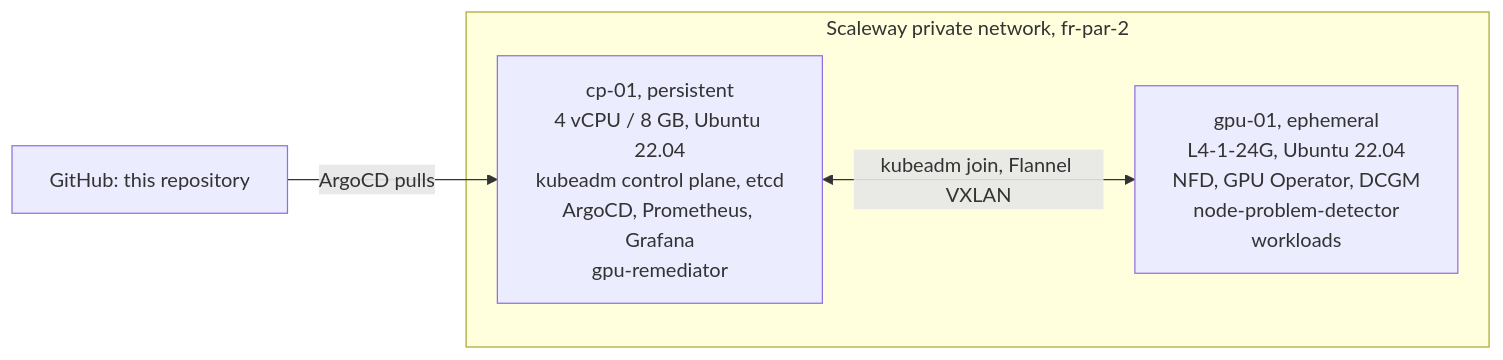
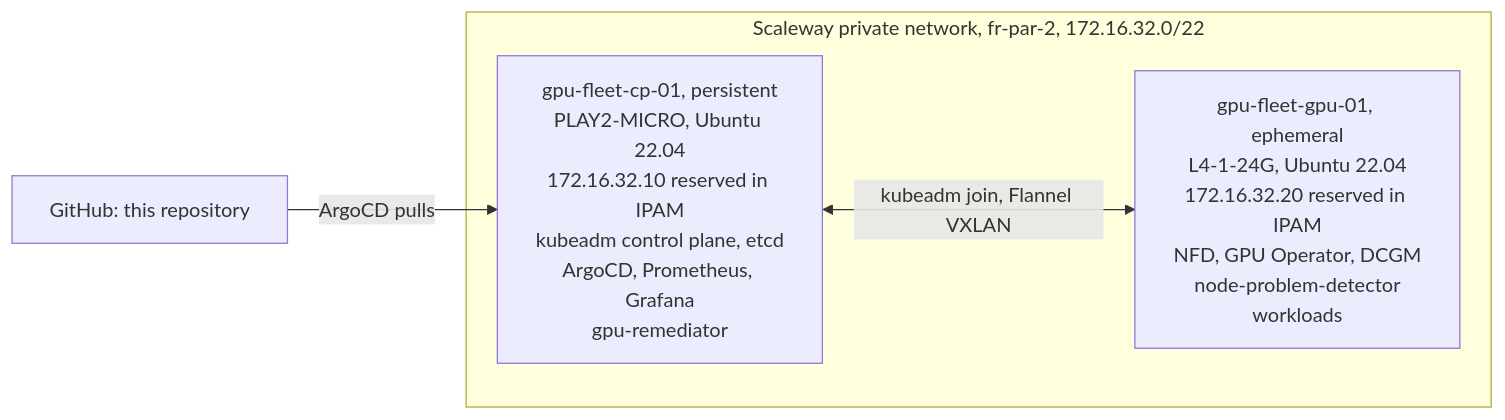
The diagram in docs/architecture.md (yassineteimi/nvidia-gpu-fleet-poc), drawn with Mermaid before and after one commit. The commit also changed other lines of this file and 31 other files, not shown here.

````diff
--- a/docs/architecture.md
+++ b/docs/architecture.md
@@ -5,9 +5,9 @@
 ```mermaid
 flowchart LR
-  subgraph PN["Scaleway private network, fr-par-2"]
-    CP["cp-01, persistent<br/>4 vCPU / 8 GB, Ubuntu 22.04<br/>kubeadm control plane, etcd<br/>ArgoCD, Prometheus, Grafana<br/>gpu-remediator"]
-    GPU["gpu-01, ephemeral<br/>L4-1-24G, Ubuntu 22.04<br/>NFD, GPU Operator, DCGM<br/>node-problem-detector<br/>workloads"]
+  subgraph PN["Scaleway private network, fr-par-2, 172.16.32.0/22"]
+    CP["gpu-fleet-cp-01, persistent<br/>PLAY2-MICRO, Ubuntu 22.04<br/>172.16.32.10 reserved in IPAM<br/>kubeadm control plane, etcd<br/>ArgoCD, Prometheus, Grafana<br/>gpu-remediator"]
+    GPU["gpu-fleet-gpu-01, ephemeral<br/>L4-1-24G, Ubuntu 22.04<br/>172.16.32.20 reserved in IPAM<br/>NFD, GPU Operator, DCGM<br/>node-problem-detector<br/>workloads"]
   end
   GIT["GitHub: this repository"] -->|"ArgoCD pulls"| CP
   CP <-->|"kubeadm join, Flannel VXLAN"| GPU
 ```
````
